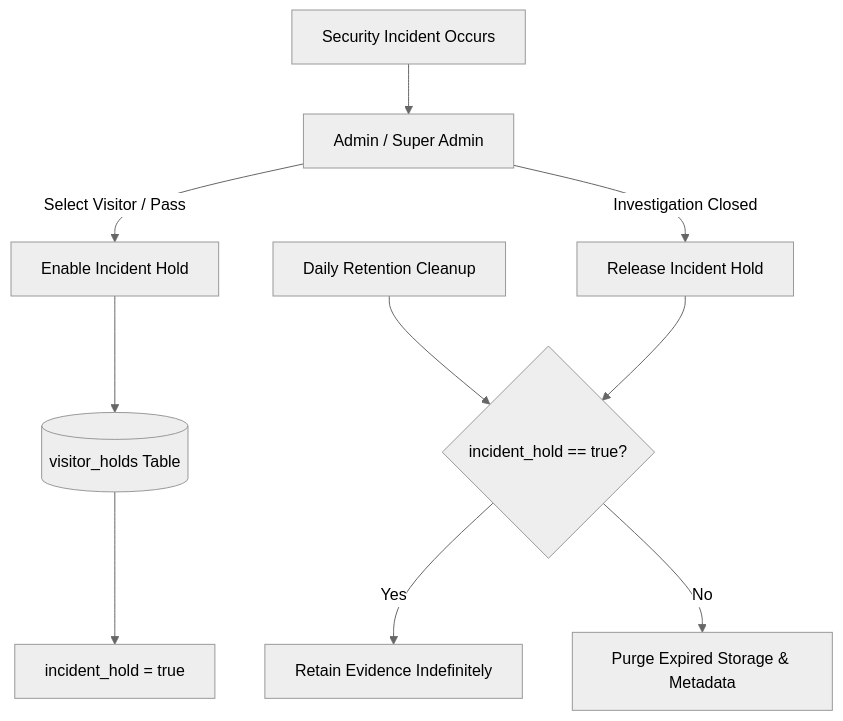
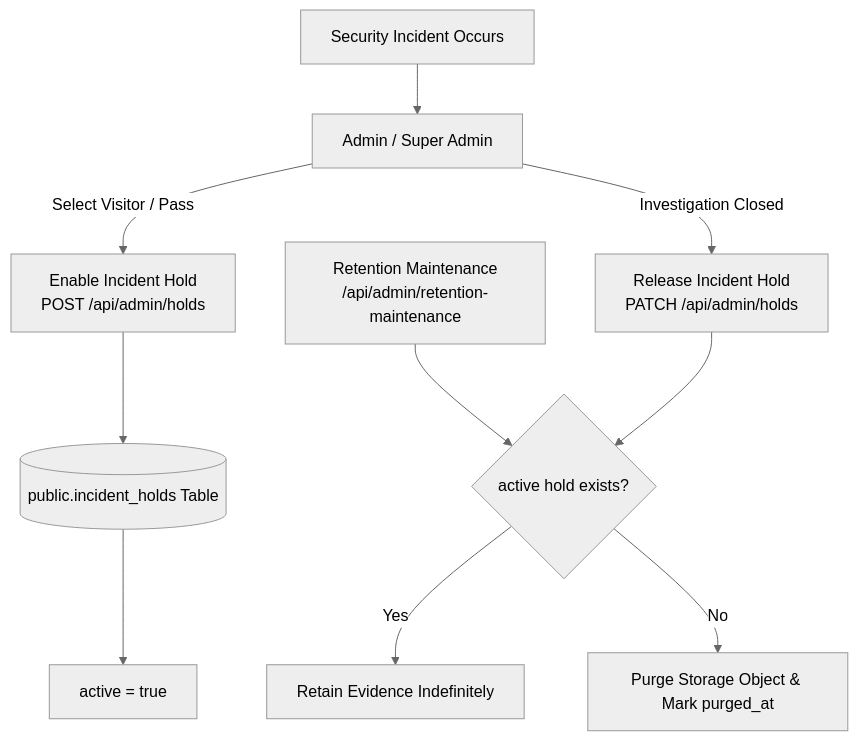
The fourth of 5 diagrams in docs/OPERATIONS.md (jsphhbna/egatepass), drawn with Mermaid (neutral theme) before and after one commit. The commit also changed other lines of this file and 13 other files, not shown here.

Commit message:
docs(truthfulness): repair markdown formatting, mermaid blocks, and architectural truthfulness across all active documentation

````diff
--- a/docs/OPERATIONS.md
+++ b/docs/OPERATIONS.md
@@ -116,14 +118,14 @@
 ```mermaid
 flowchart TD
     Incident[Security Incident Occurs] --> Staff[Admin / Super Admin]
-    Staff -->|Select Visitor / Pass| HoldAction[Enable Incident Hold]
-    HoldAction --> DB[(visitor_holds Table)]
-    DB --> HoldStatus[incident_hold = true]
+    Staff -->|Select Visitor / Pass| HoldAction[Enable Incident Hold<br/>POST /api/admin/holds]
+    HoldAction --> DB[(public.incident_holds Table)]
+    DB --> HoldStatus[active = true]
 
-    RetentionCron[Daily Retention Cleanup] --> CheckHold{incident_hold == true?}
+    RetentionEngine[Retention Maintenance<br/>/api/admin/retention-maintenance] --> CheckHold{active hold exists?}
     CheckHold -->|Yes| Skip[Retain Evidence Indefinitely]
-    CheckHold -->|No| Purge[Purge Expired Storage & Metadata]
+    CheckHold -->|No| Purge[Purge Storage Object & Mark purged_at]
 
-    Staff -->|Investigation Closed| ReleaseHold[Release Incident Hold]
+    Staff -->|Investigation Closed| ReleaseHold[Release Incident Hold<br/>PATCH /api/admin/holds]
     ReleaseHold --> CheckHold
 ```
````
